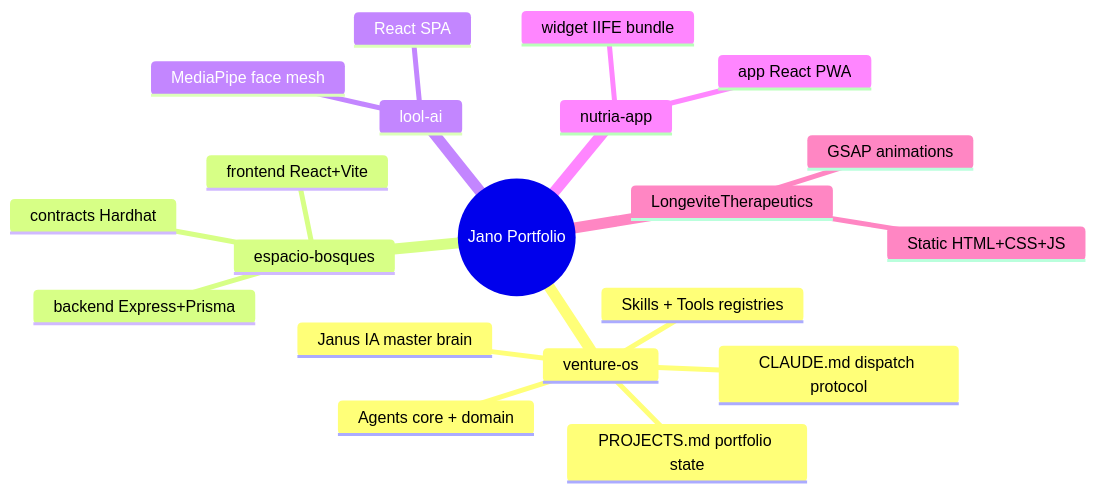
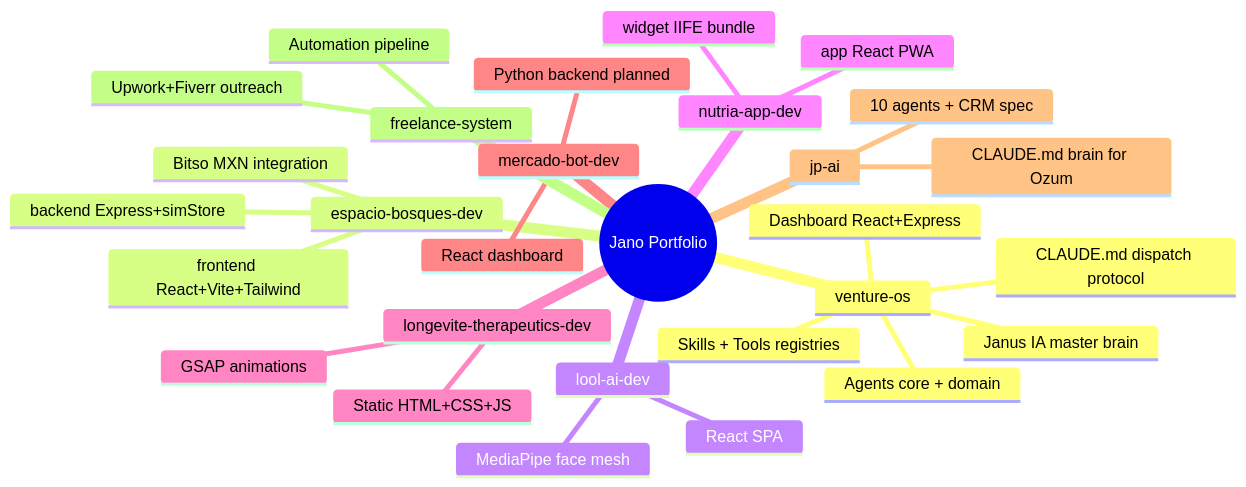
The first of 2 diagrams in PORTFOLIO-MAP.md (salasoliva27/pablo-ia), drawn with Mermaid before and after one commit. The commit also changed other lines of this file and 60 other files, not shown here.

First line of the commit message:
feat(dashboard): unified dev launcher, dev indicator, evolve system

````diff
--- a/PORTFOLIO-MAP.md
+++ b/PORTFOLIO-MAP.md
@@ -10,23 +10,32 @@
 ```mermaid
 mindmap
   root((Jano Portfolio))
     venture-os
       Janus IA master brain
       CLAUDE.md dispatch protocol
       Agents core + domain
       Skills + Tools registries
-      PROJECTS.md portfolio state
-    espacio-bosques
-      frontend React+Vite
-      backend Express+Prisma
-      contracts Hardhat
-    lool-ai
+      Dashboard React+Express
+    espacio-bosques-dev
+      frontend React+Vite+Tailwind
+      backend Express+simStore
+      Bitso MXN integration
+    lool-ai-dev
       React SPA
       MediaPipe face mesh
-    nutria-app
+    nutria-app-dev
       app React PWA
       widget IIFE bundle
-    LongeviteTherapeutics
+    longevite-therapeutics-dev
       Static HTML+CSS+JS
       GSAP animations
+    mercado-bot-dev
+      React dashboard
+      Python backend planned
+    jp-ai
+      CLAUDE.md brain for Ozum
+      10 agents + CRM spec
+    freelance-system
+      Automation pipeline
+      Upwork+Fiverr outreach
 ```
````
